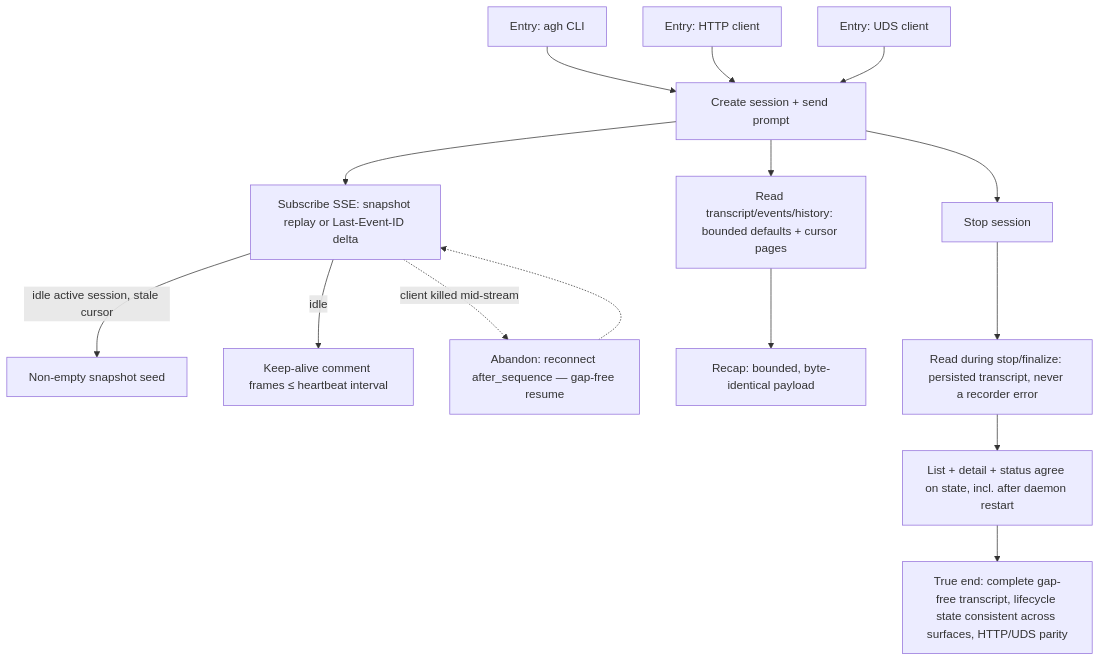
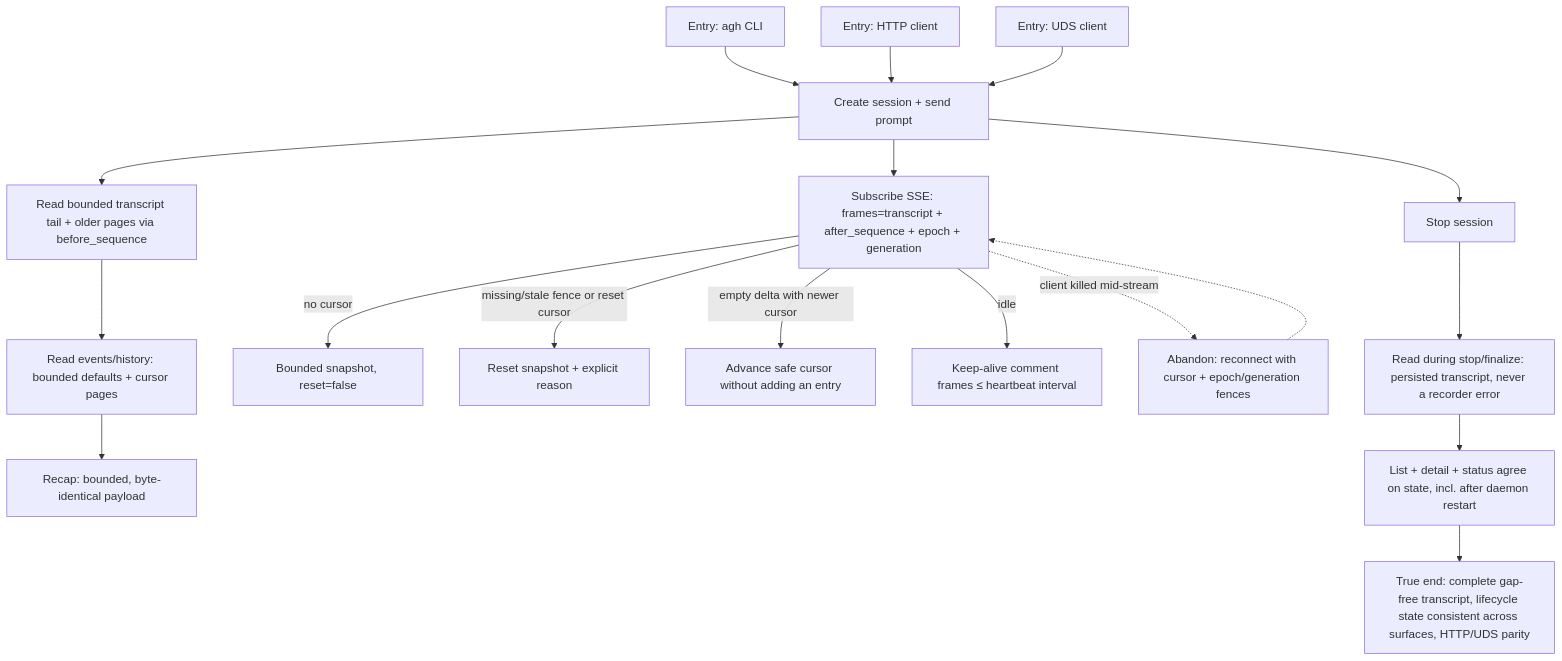
Before and after one commit to compozy/agh: the diagram in docs/qa/journeys/J-15-operate-session-via-cli-api.md, drawn with Mermaid. The commit also changed other lines of this file and 883 other files, not shown here.

````diff
--- a/docs/qa/journeys/J-15-operate-session-via-cli-api.md
+++ b/docs/qa/journeys/J-15-operate-session-via-cli-api.md
@@ -5,17 +5,20 @@
 ```mermaid
 flowchart TD
     E1[Entry: agh CLI] --> C[Create session + send prompt]
     E2[Entry: HTTP client] --> C
     E3[Entry: UDS client] --> C
-    C --> STRM[Subscribe SSE: snapshot replay or Last-Event-ID delta]
-    STRM -->|idle active session, stale cursor| SNAP[Non-empty snapshot seed]
+    C --> REST[Read bounded transcript tail + older pages via before_sequence]
+    C --> STRM[Subscribe SSE: frames=transcript + after_sequence + epoch + generation]
+    STRM -->|no cursor| SNAP[Bounded snapshot, reset=false]
+    STRM -->|missing/stale fence or reset cursor| RESET[Reset snapshot + explicit reason]
+    STRM -->|empty delta with newer cursor| ADV[Advance safe cursor without adding an entry]
     STRM -->|idle| KA[Keep-alive comment frames ≤ heartbeat interval]
-    C --> RD[Read transcript/events/history: bounded defaults + cursor pages]
+    REST --> RD[Read events/history: bounded defaults + cursor pages]
     RD --> RC[Recap: bounded, byte-identical payload]
     C --> STOP[Stop session]
     STOP --> DR[Read during stop/finalize: persisted transcript, never a recorder error]
     DR --> LS[List + detail + status agree on state, incl. after daemon restart]
-    STRM -.->|client killed mid-stream| AB[Abandon: reconnect after_sequence — gap-free resume]
+    STRM -.->|client killed mid-stream| AB[Abandon: reconnect with cursor + epoch/generation fences]
     AB -.-> STRM
     LS --> TE[True end: complete gap-free transcript, lifecycle state consistent across surfaces, HTTP/UDS parity]
 ```
````
